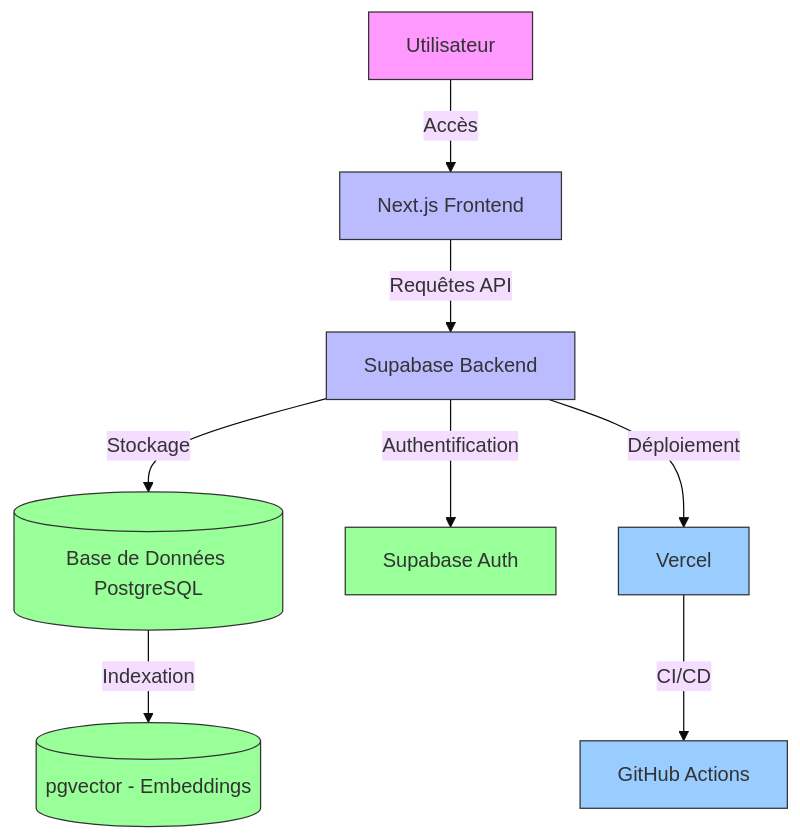
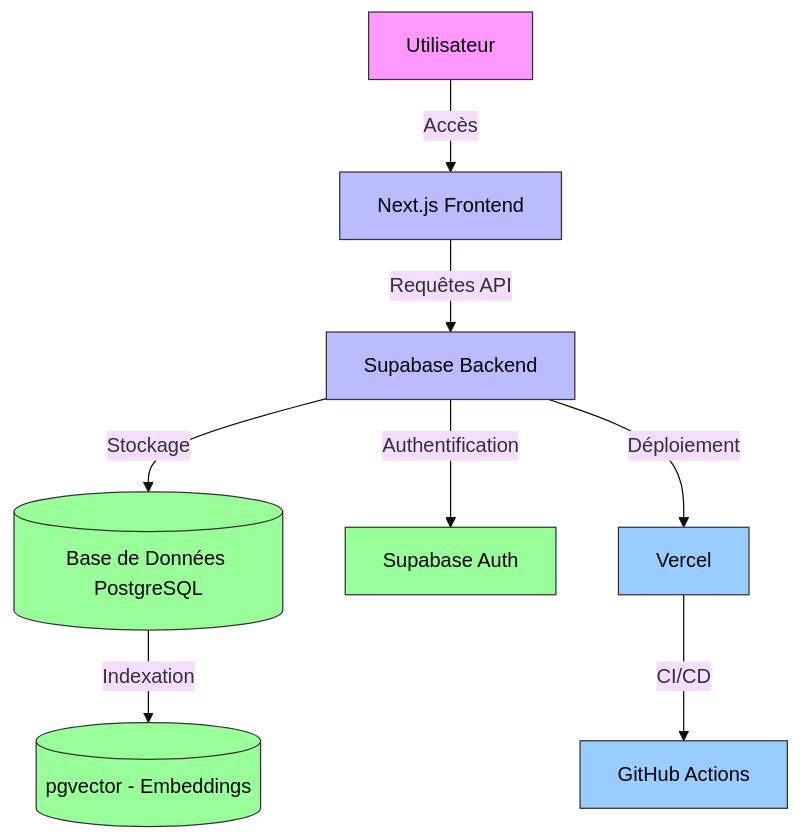
One commit to Netchard/NexiaMindAi changed the first of 8 diagrams in docs/NexiaMindAi-Synthèse.md. Above: the diagram before and after it, drawn with Mermaid (base theme). The commit also changed other lines of this file and 44 other files, not shown here.

````diff
--- a/docs/NexiaMindAi-Synthèse.md
+++ b/docs/NexiaMindAi-Synthèse.md
@@ -74,19 +74,19 @@
 ```mermaid
 flowchart TD
     A[Utilisateur] -->|Accès| B[Next.js Frontend]
     B -->|Requêtes API| C[Supabase Backend]
     C -->|Stockage| D[(Base de Données PostgreSQL)]
     C -->|Authentification| E[Supabase Auth]
     D -->|Indexation| F[(pgvector - Embeddings)]
     C -->|Déploiement| G[Vercel]
     G -->|CI/CD| H[GitHub Actions]
     
-    style A fill:#f9f,stroke:#333
-    style B fill:#bbf,stroke:#333
-    style C fill:#bbf,stroke:#333
-    style D fill:#9f9,stroke:#333
-    style E fill:#9f9,stroke:#333
-    style F fill:#9f9,stroke:#333
-    style G fill:#9cf,stroke:#333
-    style H fill:#9cf,stroke:#333
+    style A fill:#f9f,stroke:#333,color:#000
+    style B fill:#bbf,stroke:#333,color:#000
+    style C fill:#bbf,stroke:#333,color:#000
+    style D fill:#9f9,stroke:#333,color:#000
+    style E fill:#9f9,stroke:#333,color:#000
+    style F fill:#9f9,stroke:#333,color:#000
+    style G fill:#9cf,stroke:#333,color:#000
+    style H fill:#9cf,stroke:#333,color:#000
 ```
````
